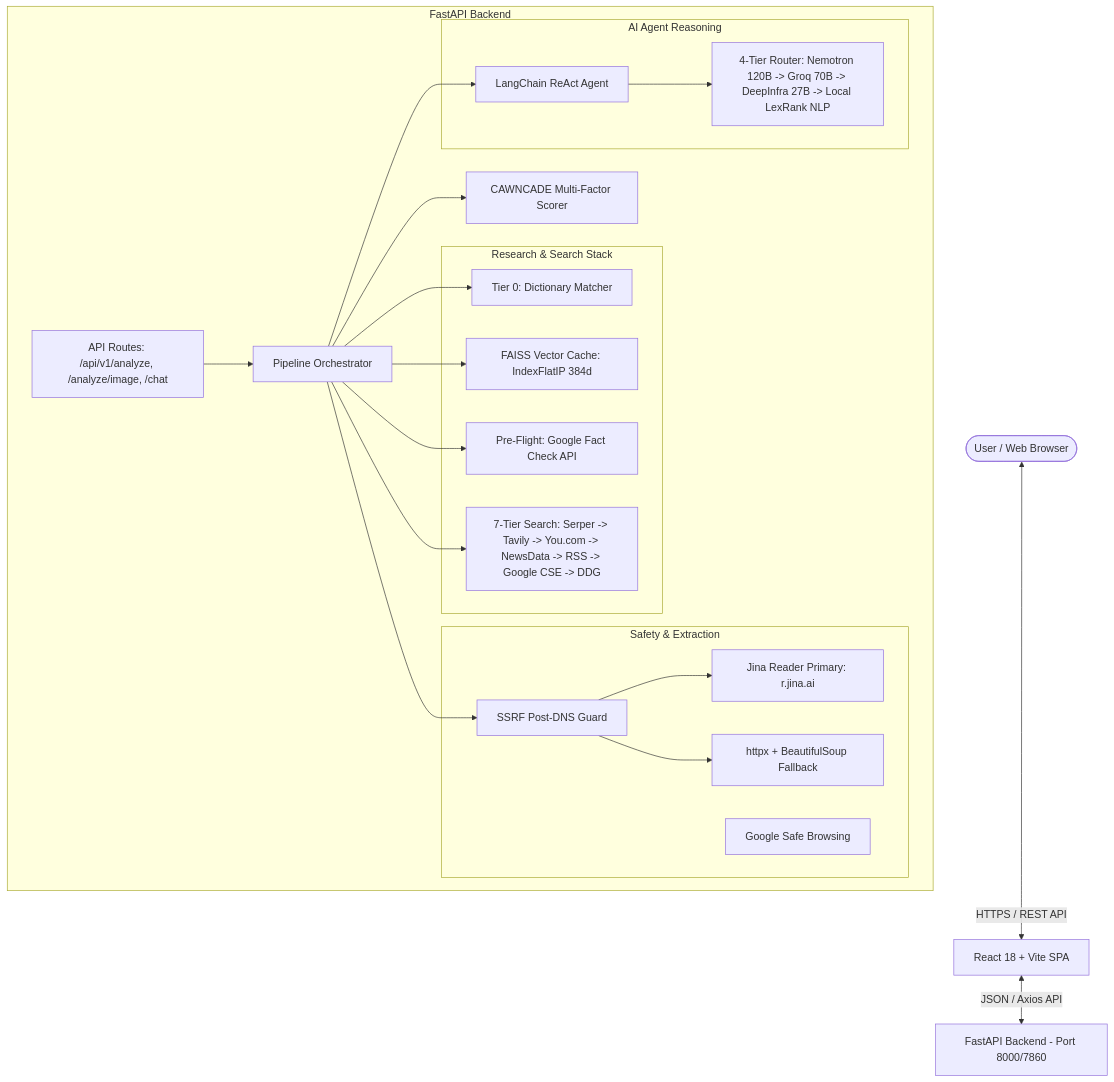
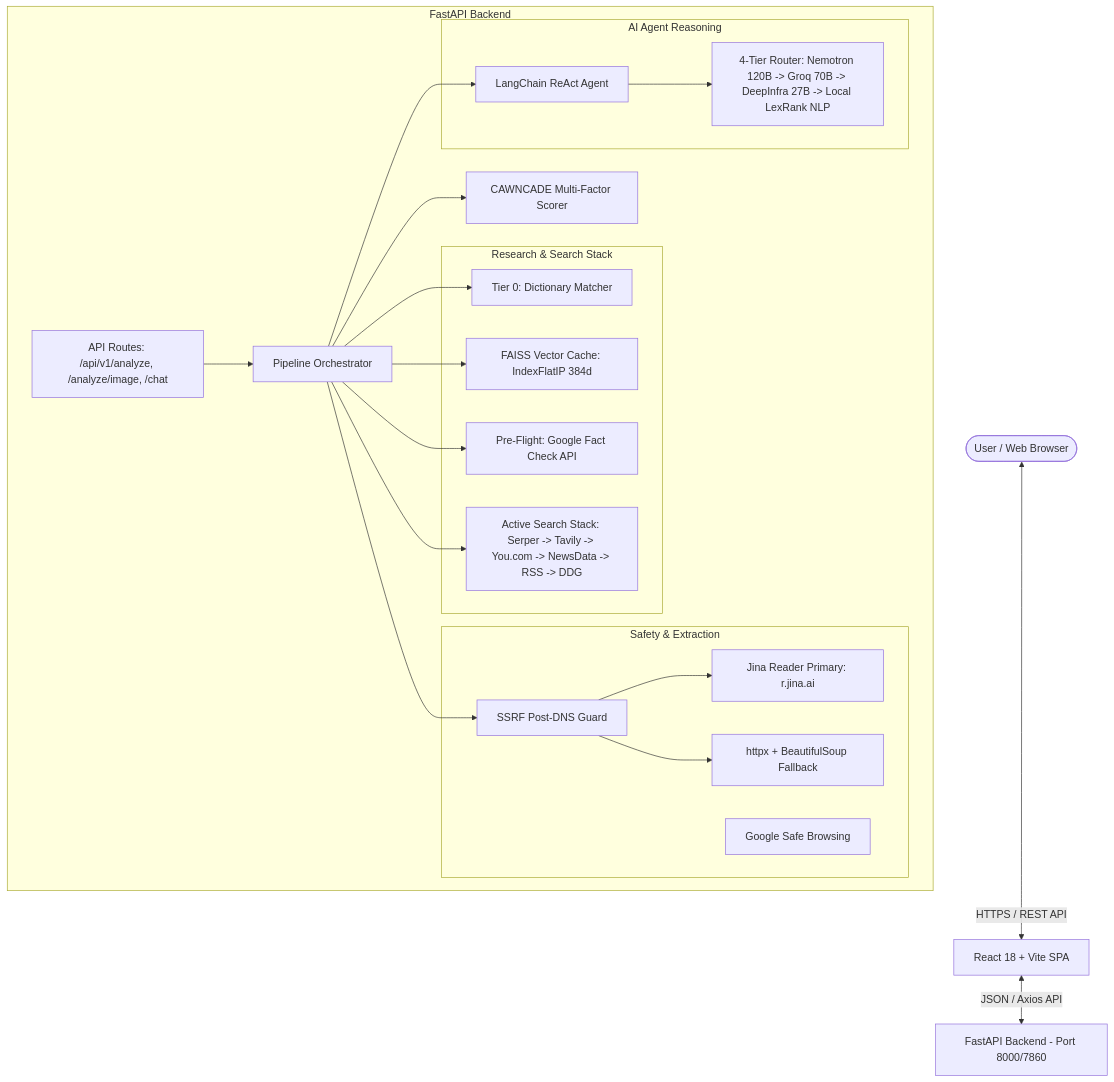
Before and after one commit to Nawaz-khan-droid/cawncade-ai: the first of 6 diagrams in docs/ARCHITECTURE.md, drawn with Mermaid. The commit also changed other lines of this file and 2 other files, not shown here.

Commit message:
Production Upgrade: Multi-Tier Failover Cascade and Tier 0 Text Matcher

````diff
--- a/docs/ARCHITECTURE.md
+++ b/docs/ARCHITECTURE.md
@@ -58,43 +65,43 @@
 ```mermaid
 flowchart TD
     User([User / Web Browser]) <-->|HTTPS / REST API| Frontend[React 18 + Vite SPA]
     Frontend <-->|JSON / Axios API| Backend[FastAPI Backend - Port 8000/7860]
     
     subgraph FastAPI Backend
         Routes[API Routes: /api/v1/analyze, /analyze/image, /chat]
         Orchestrator[Pipeline Orchestrator]
         
         subgraph Safety & Extraction
             SSRF[SSRF Post-DNS Guard]
             SafeBrowse[Google Safe Browsing]
             Jina[Jina Reader Primary: r.jina.ai]
             BS4[httpx + BeautifulSoup Fallback]
         end
         
         subgraph Research & Search Stack
             Tier0[Tier 0: Dictionary Matcher]
             TierCache[FAISS Vector Cache: IndexFlatIP 384d]
             FactCheck[Pre-Flight: Google Fact Check API]
-            SearchTiers[7-Tier Search: Serper -> Tavily -> You.com -> NewsData -> RSS -> Google CSE -> DDG]
+            SearchTiers[Active Search Stack: Serper -> Tavily -> You.com -> NewsData -> RSS -> DDG]
         end
         
         subgraph AI Agent Reasoning
             Agent[LangChain ReAct Agent]
             LLMRouter[4-Tier Router: Nemotron 120B -> Groq 70B -> DeepInfra 27B -> Local LexRank NLP]
         end
         
         Scorer[CAWNCADE Multi-Factor Scorer]
     end
     
     Routes --> Orchestrator
     Orchestrator --> SSRF
     SSRF --> Jina
     SSRF --> BS4
     Orchestrator --> Tier0
     Orchestrator --> TierCache
     Orchestrator --> FactCheck
     Orchestrator --> SearchTiers
     Orchestrator --> Agent
     Agent --> LLMRouter
     Orchestrator --> Scorer
 ```
````
